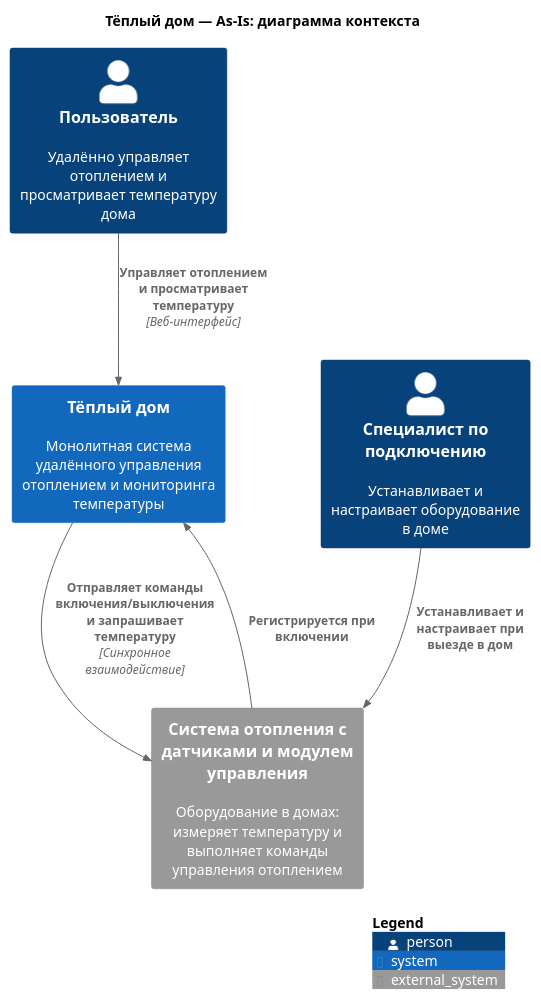
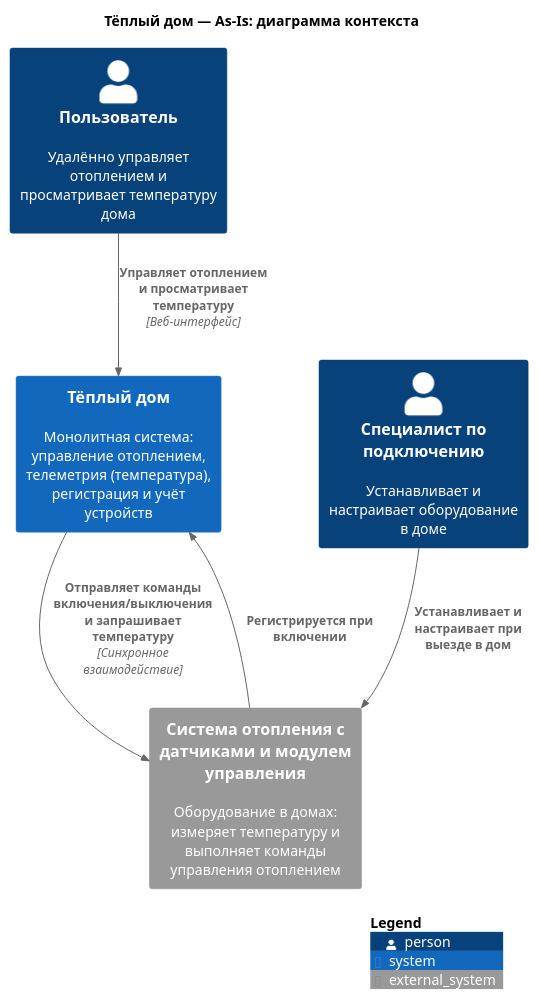
The diagram in diagrams/as-is-context.puml (AndyMcFishka/architecture-pro-warmhouse), drawn with PlantUML before and after one commit. The commit also changed 11 other files, not shown here.

```diff
--- a/diagrams/as-is-context.puml
+++ b/diagrams/as-is-context.puml
@@ -1,18 +1,18 @@
 @startuml
 !include <C4/C4_Context>
 
 title Тёплый дом — As-Is: диаграмма контекста
 
 Person(user, "Пользователь", "Удалённо управляет отоплением и просматривает температуру дома")
 Person(technician, "Специалист по подключению", "Устанавливает и настраивает оборудование в доме")
 
-System(warmhouse, "Тёплый дом", "Монолитная система удалённого управления отоплением и мониторинга температуры")
+System(warmhouse, "Тёплый дом", "Монолитная система: управление отоплением, телеметрия (температура), регистрация и учёт устройств")
 System_Ext(equipment, "Система отопления с датчиками и модулем управления", "Оборудование в домах: измеряет температуру и выполняет команды управления отоплением")
 
 Rel(user, warmhouse, "Управляет отоплением и просматривает температуру", "Веб-интерфейс")
 Rel(technician, equipment, "Устанавливает и настраивает при выезде в дом")
 Rel(warmhouse, equipment, "Отправляет команды включения/выключения и запрашивает температуру", "Синхронное взаимодействие")
 Rel(equipment, warmhouse, "Регистрируется при включении")
 
 SHOW_LEGEND()
 @enduml
```
